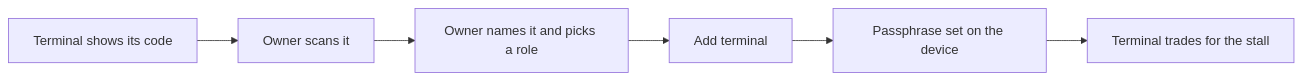
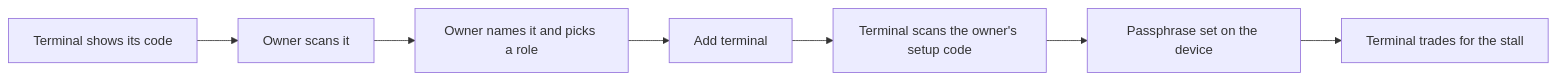
Before and after one commit to 398ja/imani-wallet: the diagram in docs/terminals.md, drawn with Mermaid. The commit also changed other lines of this file and 12 other files, not shown here.

First line of the commit message:
fix(terminals): the device accepts only the offer the owner's setup code names, and can leave terminal service (#160)

````diff
--- a/docs/terminals.md
+++ b/docs/terminals.md
@@ -82,8 +85,9 @@
 ```mermaid
 flowchart LR
     A[Terminal shows its code] --> B[Owner scans it]
     B --> C[Owner names it and picks a role]
     C --> D[Add terminal]
-    D --> E[Passphrase set on the device]
-    E --> F[Terminal trades for the stall]
+    D --> E[Terminal scans the owner's setup code]
+    E --> F[Passphrase set on the device]
+    F --> G[Terminal trades for the stall]
 ```
````
